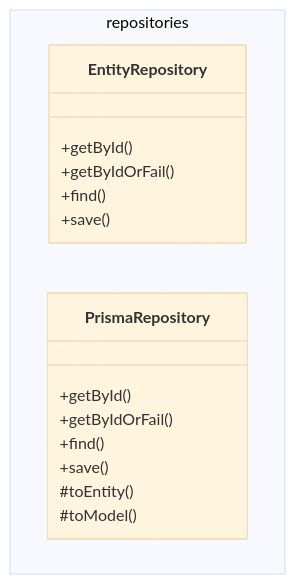
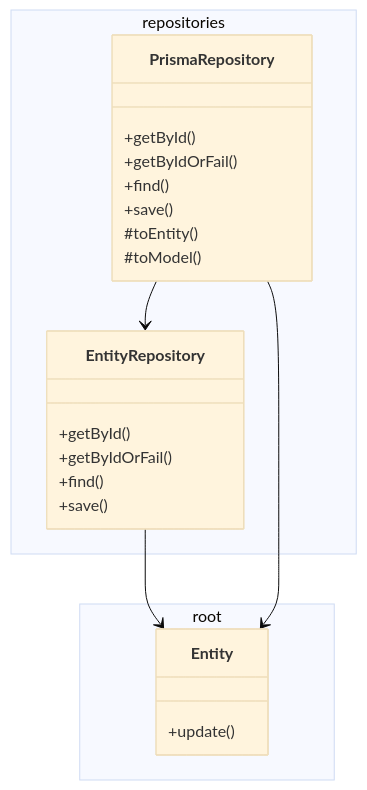
Before and after one commit to pslotinsky/decay-of-magic: the diagram in packages/core/README.md, drawn with Mermaid (base theme). The commit also changed other lines of this file and 3 other files, not shown here.

````diff
--- a/packages/core/README.md
+++ b/packages/core/README.md
@@ -6,19 +6,28 @@
 ```mermaid
 classDiagram
   namespace repositories {
     class EntityRepository {
       +getById()
       +getByIdOrFail()
       +find()
       +save()
     }
     class PrismaRepository {
       +getById()
       +getByIdOrFail()
       +find()
       +save()
       #toEntity()
       #toModel()
     }
   }
+  namespace root {
+    class Entity {
+      +update()
+    }
+  }
+
+  EntityRepository --> Entity
+  PrismaRepository --> Entity
+  PrismaRepository --> EntityRepository
 ```
````
